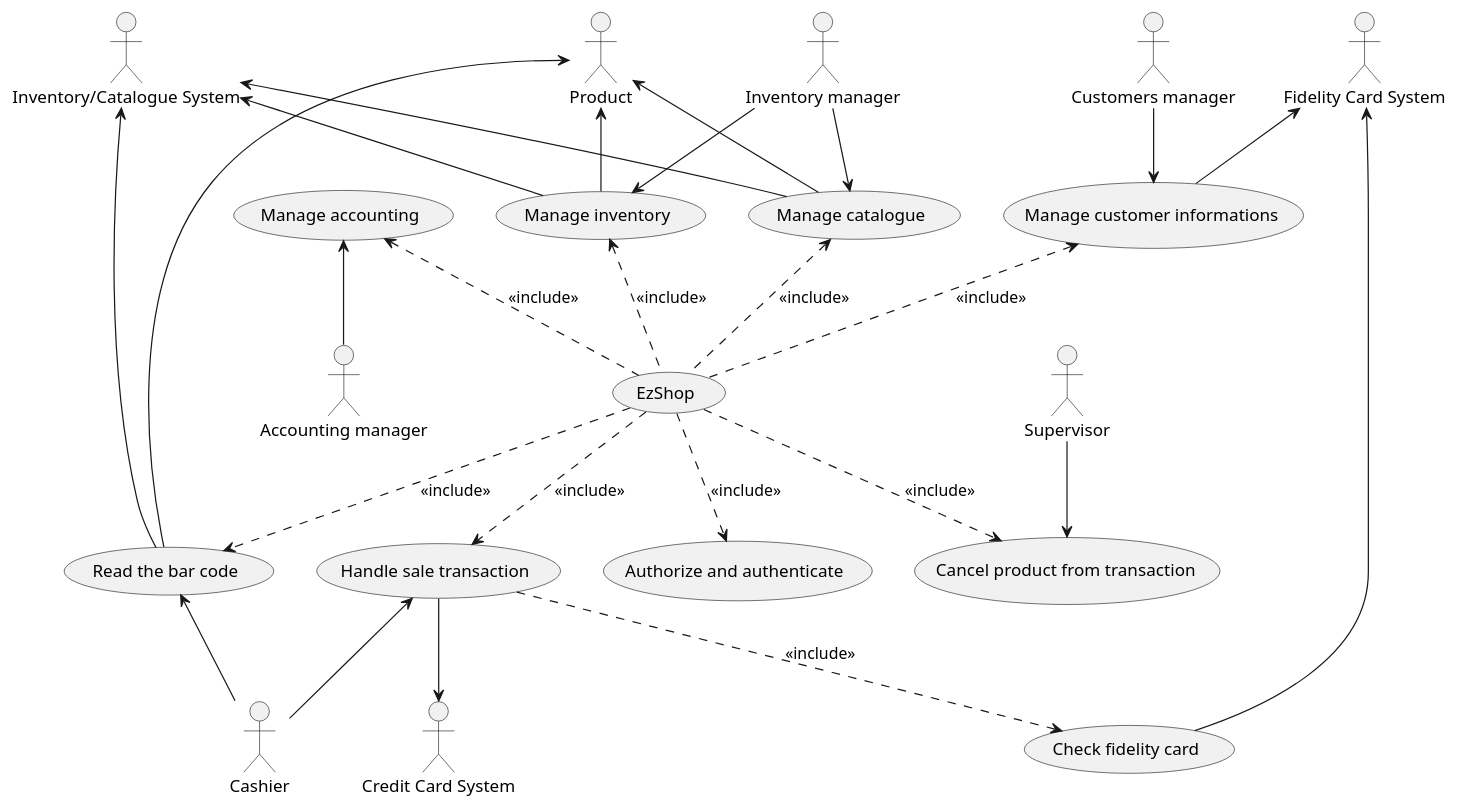
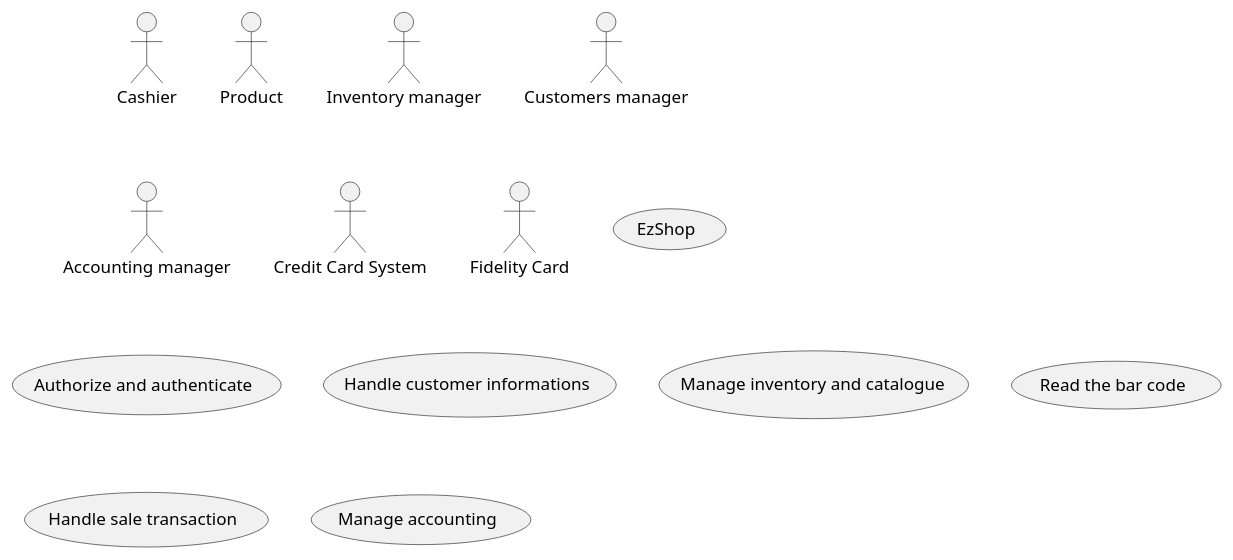
Before and after one commit to GrayNeel/SoftEngProject-EZShop: the second of 2 diagrams in Deliverables/RequirementsDocument.md, drawn with PlantUML. The commit also changed other lines of this file, not shown here.

````diff
--- a/Deliverables/RequirementsDocument.md
+++ b/Deliverables/RequirementsDocument.md
@@ -183,55 +176,58 @@
 ```plantuml
 @startuml
 
 actor Cashier as c
 actor Product as p
-actor Supervisor as s
 actor "Inventory manager" as im
 actor "Customers manager" as cm
 actor "Accounting manager" as am
 actor "Credit Card System" as cs
-actor "Inventory/Catalogue System" as is
-actor "Fidelity Card System" as fs
-
-(Handle sale transaction) as (hst)
-(Authorize and authenticate) as (aa)
-(Cancel product from transaction) as (cppr)
-(Read the bar code) as (rbc)
-(Manage inventory) as (mi)
-(Manage catalogue) as (mc)
-(Manage customer informations) as (mci)
-(Manage accounting) as (ma)
-(Check fidelity card) as (cfc)
+actor "Fidelity Card" as fc
 
 (EzShop) as (ez)
 
+(Authorize and authenticate) as (aa)
+(Handle customer informations) as (hci)
+(Manage inventory and catalogue) as (mic)
+(Read the bar code) as (rbc)
+(Handle sale transaction) as (hst)
+(Manage accounting) as (ma)
+
+/'(Cancel product from transaction) as (cppr)
+(Manage catalogue) as (mc)
+(Check fidelity card) as (cfc)'/
+
+/'
 (ez) .down.> (hst) : <<include>>
 (ez) .down.> (aa) : <<include>>
 (ez) .down.> (cppr) : <<include>>
 (ez) .down.> (rbc) : <<include>>
 (ez) .up.> (mi) : <<include>>
 (ez) .up.> (mc) : <<include>>
-(ez) .up.> (mci) : <<include>>
+(ez) .up.> (hci) : <<include>>
 (ez) .up.> (ma) : <<include>>
 (hst) .down.> (cfc) : <<include>>
+'/
 
+/'
 c -up-> (hst)
 c -up-> (rbc) 
 am -up-> (ma)
 im --> (mi)
 im --> (mc)
 s --> (cppr)
 cm --> (mci)
 p <-- (rbc)
 p <-- (mc)
 p <-- (mi)
 cs <-up- (hst)
 is <-- (mi)
 is <-- (mc)
 is <-- (rbc) 
 
 fs <-- (mci) 
 fs <-- (cfc)
+'/
 
 @enduml
 ```
````
